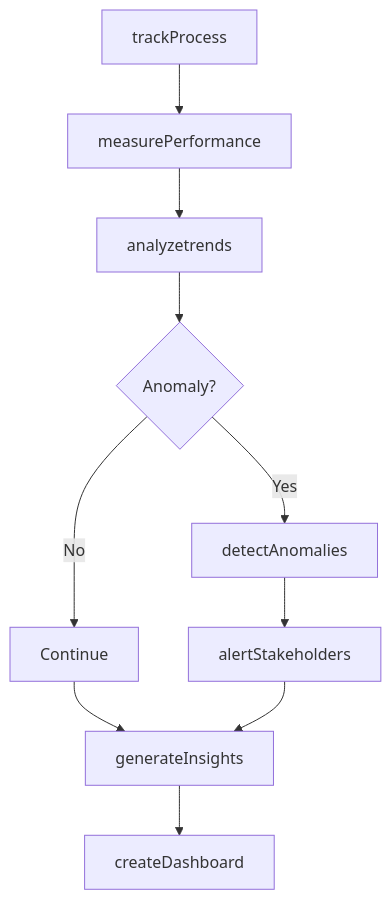
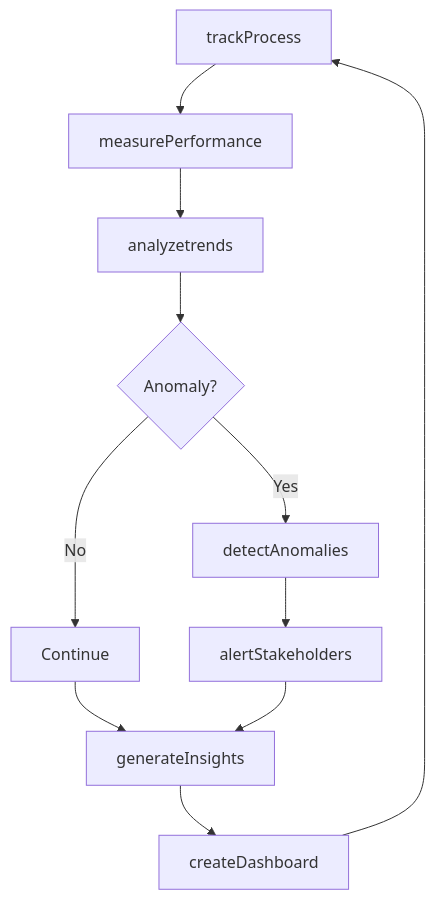
The third of 4 diagrams in MonitoringProcessesMaterialsOrSurroundings/MonitorOperationsToEnsureAdequatePerformance/MonitorOrganizationalProcesses.mdx (dot-org-ai/tasks.org.ai), drawn with Mermaid before and after one commit. The commit also changed other lines of this file and 266 other files, not shown here.

First line of the commit message:
feat: Add ER diagrams, state diagrams to wave 2 batch (251 DWA files)

````diff
--- a/MonitoringProcessesMaterialsOrSurroundings/MonitorOperationsToEnsureAdequatePerformance/MonitorOrganizationalProcesses.mdx
+++ b/MonitoringProcessesMaterialsOrSurroundings/MonitorOperationsToEnsureAdequatePerformance/MonitorOrganizationalProcesses.mdx
@@ -87,12 +117,13 @@
 ```mermaid
 graph TD
     A[trackProcess] --> B[measurePerformance]
     B --> C[analyzetrends]
     C --> D{Anomaly?}
     D -->|Yes| E[detectAnomalies]
     D -->|No| F[Continue]
     E --> G[alertStakeholders]
     F --> H[generateInsights]
     G --> H
     H --> I[createDashboard]
+    I --> A
 ```
````
